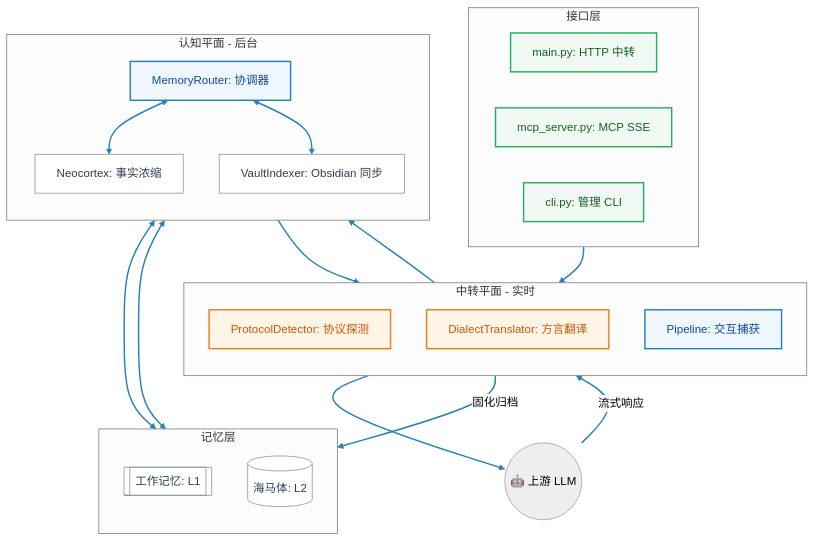
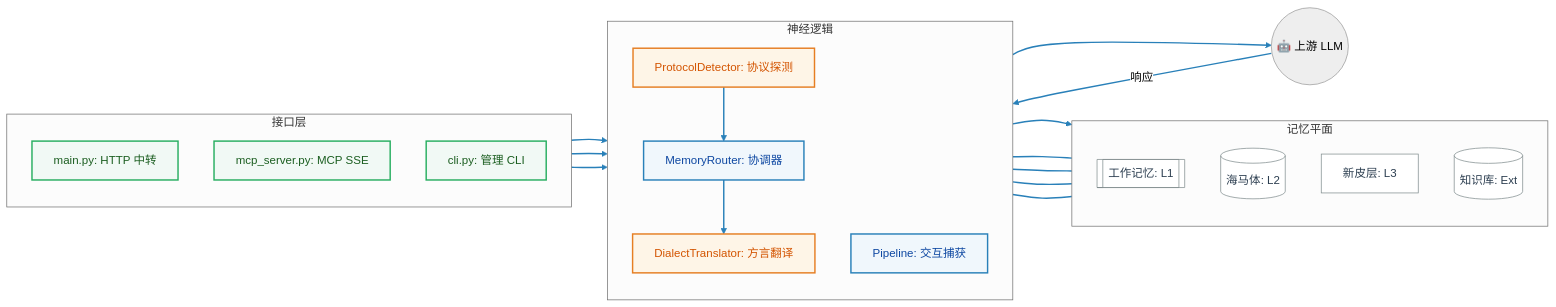
The diagram in README_CN.md (winnerineast/ClawBrain), drawn with Mermaid (neutral theme) before and after one commit. The commit also changed 1 other file, not shown here.

Commit message:
fix(docs): stabilize Mermaid architecture diagram using linear LR layout

````diff
--- a/README_CN.md
+++ b/README_CN.md
@@ -156,49 +156,48 @@
 ```mermaid
-flowchart TD
+flowchart LR
     %% 专业配色方案
     classDef interface_node stroke:#27ae60,stroke-width:2px,fill:#f1f9f5,color:#1b5e20
     classDef gateway_node stroke:#e67e22,stroke-width:2px,fill:#fef5e7,color:#d35400
     classDef core_node stroke:#2980b9,stroke-width:2px,fill:#f0f7fc,color:#0d47a1
     classDef memory_node stroke:#7f8c8d,stroke-width:1px,fill:#ffffff,color:#2c3e50
 
     subgraph Ingress [接口层]
-        direction LR
+        direction TB
         API[main.py: HTTP 中转]:::interface_node
         MCP[mcp_server.py: MCP SSE]:::interface_node
         CLI[cli.py: 管理 CLI]:::interface_node
     end
 
-    subgraph RelayPlane [中转平面 - 实时]
+    subgraph Logic [神经逻辑]
         direction TB
         Detector[ProtocolDetector: 协议探测]:::gateway_node
+        Router[MemoryRouter: 协调器]:::core_node
         Translator[DialectTranslator: 方言翻译]:::gateway_node
         Pipe[Pipeline: 交互捕获]:::core_node
     end
 
-    subgraph CognitivePlane [认知平面 - 后台]
-        direction TB
-        Router[MemoryRouter: 协调器]:::core_node
-        Neo[Neocortex: 事实浓缩]:::memory_node
-        Vault[VaultIndexer: Obsidian 同步]:::memory_node
-    end
-
-    subgraph Storage [记忆层]
+    subgraph Storage [记忆平面]
         direction TB
         L1[[工作记忆: L1]]:::memory_node
         L2[(海马体: L2)]:::memory_node
+        L3[新皮层: L3]:::memory_node
+        Ext[(知识库: Ext)]:::memory_node
     end
 
-    Ingress --> Detector
+    %% 流程：具体的节点间链接最稳定
+    API & MCP & CLI --> Detector
     Detector --> Router
-    Router <--> L1
-    Router <--> L2
-    Router <--> Neo
-    Router <--> Vault
     Router --> Translator
     Translator --> LLM((🤖 上游 LLM))
-    LLM -- 流式响应 --> Pipe
-    Pipe -- 固化归档 --> L2
+    LLM -- 响应 --> Pipe
+    Pipe --> L2
+
+    %% 记忆协调（非定向链接以保证布局稳定性）
+    Router --- L1
+    Router --- L2
+    Router --- L3
+    Router --- Ext
 
     %% 全局连线样式
     linkStyle default stroke:#2980b9,stroke-width:2px
 ```
````
